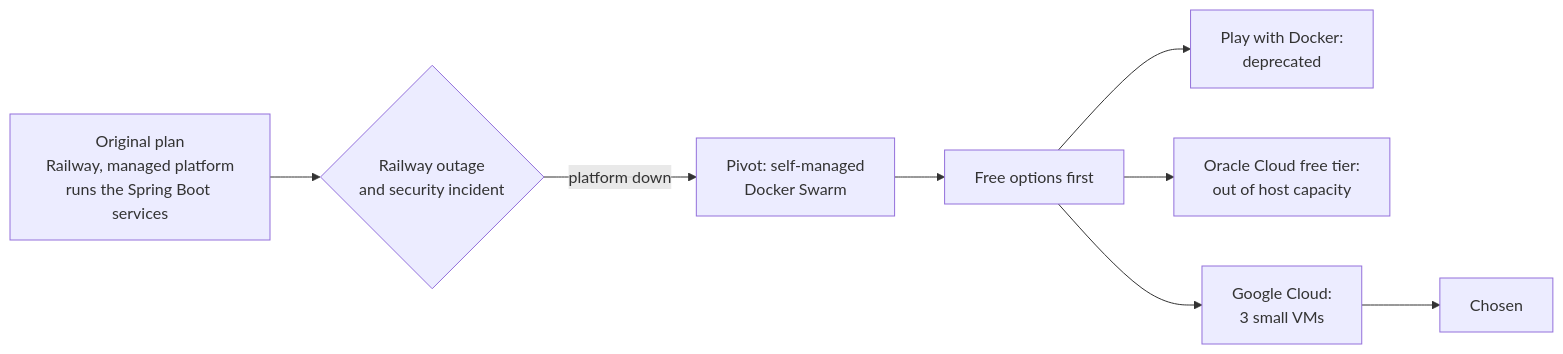
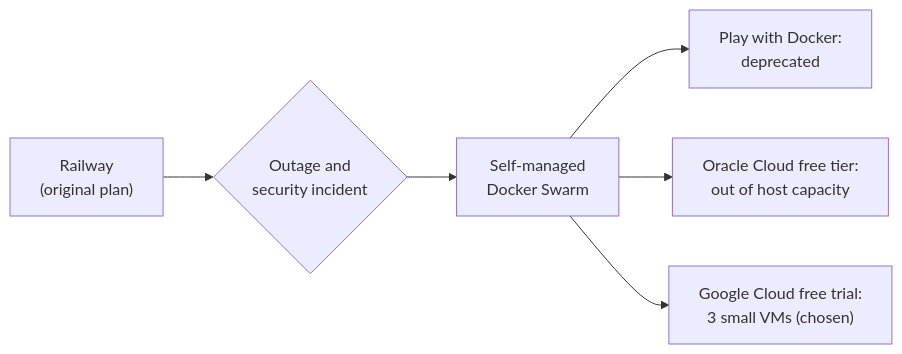
One commit to ensanguine2279/sctp-aie-m4-assignment changed the second of 4 diagrams in README.md. Above: the diagram before and after it, drawn with Mermaid. The commit also changed other lines of this file and 1 other file, not shown here.

````diff
--- a/README.md
+++ b/README.md
@@ -43,10 +153,8 @@
 ```mermaid
 flowchart LR
-    plan["Original plan<br/>Railway, managed platform<br/>runs the Spring Boot services"] --> inc{"Railway outage<br/>and security incident"}
-    inc -->|"platform down"| pivot["Pivot: self-managed<br/>Docker Swarm"]
-    pivot --> try["Free options first"]
-    try --> pwd["Play with Docker:<br/>deprecated"]
-    try --> oci["Oracle Cloud free tier:<br/>out of host capacity"]
-    try --> gcp["Google Cloud:<br/>3 small VMs"]
-    gcp --> done["Chosen"]
+    plan["Railway<br/>(original plan)"] --> inc{"Outage and<br/>security incident"}
+    inc --> pivot["Self-managed<br/>Docker Swarm"]
+    pivot --> pwd["Play with Docker:<br/>deprecated"]
+    pivot --> oci["Oracle Cloud free tier:<br/>out of host capacity"]
+    pivot --> gcp["Google Cloud free trial:<br/>3 small VMs (chosen)"]
 ```
````
